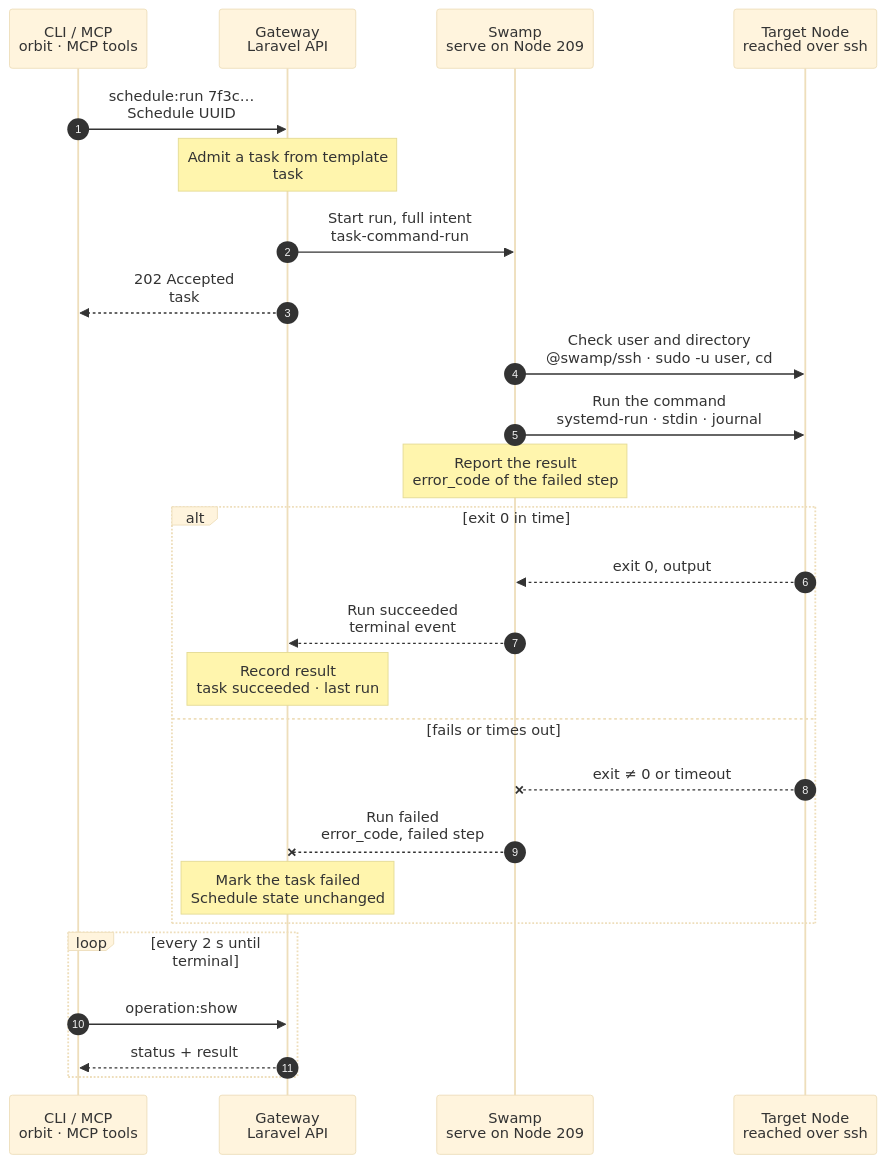
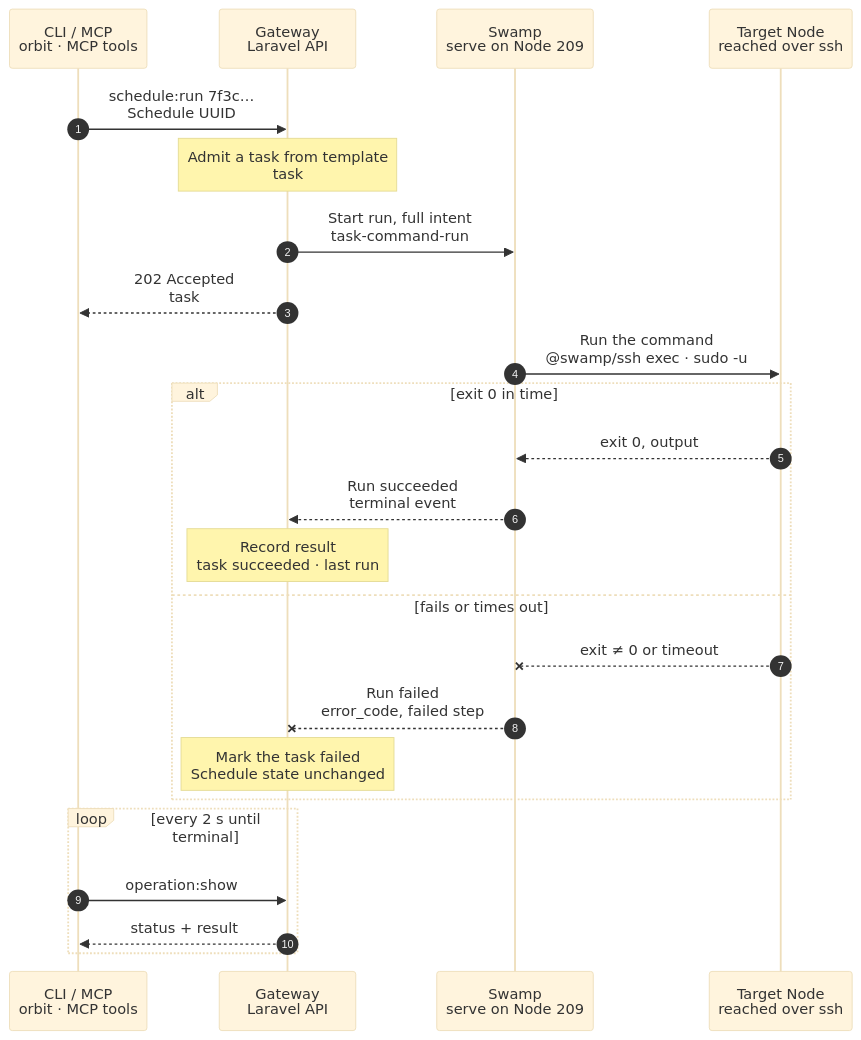
One commit to hardimpactdev/orbit changed the diagram in docs/cli/schedule/run.mmd. Above: the diagram before and after it, drawn with Mermaid (base theme). The commit also changed 63 other files, not shown here.

```diff
--- a/docs/cli/schedule/run.mmd
+++ b/docs/cli/schedule/run.mmd
@@ -1,99 +1,94 @@
 sequenceDiagram
   %% Target design: ADR 0244 one task system, native Swamp schedules; DECISIONS Schedules (Nick 2026-11-02), R2-R4.
-  %% status: draft
+  %% Tightened: flow-tighten 2026-11-02, rules 5, 14, 15, 22 (no check script, no report step; context enforced by the transient unit).
+  %% status: migrated
   %% command: schedule:run
   %% kind: schedule.run
   autonumber
   %% lane CLI icon=terminal pill=caller tone=gray
   %% lane GW icon=gateway pill=intent tone=blue
   %% lane SW icon=workflow pill=executes tone=green
   %% lane N icon=server pill=target tone=amber
   participant CLI as CLI / MCP<br/>orbit · MCP tools
   participant GW as Gateway<br/>Laravel API
   participant SW as Swamp<br/>serve on Node 209
   participant N as Target Node<br/>reached over ssh
   CLI->>GW: schedule:run 7f3c…<br/>Schedule UUID
   %%> Command:
   %%> - `orbit schedule:run 7f3c9a2e-41d0-4b8a-9c11-2f6e0d5b7a10`
   %%> - syntax: `<uuid> [--idempotency-key=KEY] [--json]`
   %%> Input:
   %%> - the UUID of the Schedule, as `schedule:list` shows it
   %%> Not changed:
   %%> - the Schedule's timing; the next calendar fire stays as it was
   %%> - an enabled Schedule stays enabled, and a disabled one stays disabled
   Note over GW: Admit a task from template<br/>task #5140 · trigger: operator
   %%> Requirements:
   %%> - your Node has an access grant to Node 12, which runs Instance 42
   %%> - Schedule 7f3c… is active, enabled or disabled
   %%> - Instance 42 is still on Node 12
+  %%> - the Schedule still targets the recorded Node, user and working directory
   %%> Result:
   %%> - task #5140 recorded from the Schedule's template, with trigger `operator`
   %%> - the same intent a calendar fire gets: user, working directory, shell, timeout and command
   GW->>SW: Start run, full intent<br/>task-command-run
   %%> What it does:
   %%> - starts one root run of `task-command-run` on serve (Node 209), the workflow each calendar fire of `schedule-7f3c…` runs nested
   %%> Why not `schedule-7f3c…` itself:
   %%> - its inputs are fixed and carry no task number; the task's own run carries it, so the Gateway projects it like any task
   %%> - every root run of `schedule-7f3c…` is then a calendar fire
   %%> Inputs:
   %%> - Node 12's address and SSH host keys; the SSH identity comes from the `swamp` role
   %%> - the user, the working directory, the shell and the timeout
   %%> - the command's vault key name, never the command (R3)
   GW-->>CLI: 202 Accepted<br/>task #5140
   %%> What you get:
   %%> - the task number, at once
   %%> Next:
   %%> - the CLI follows the task with `operation:show`
-  SW->>N: Check user and directory<br/>@swamp/ssh · sudo -u user, cd
-  %%> What it does:
-  %%> - checks, as the Schedule's user on Node 12, that the user exists and can enter the working directory, for example the Instance's application directory
-  %%> - an empty working directory is the user's home
-  %%> Why:
-  %%> - the command fails early with a clear error instead of half-running
-  SW->>N: Run the command<br/>systemd-run · stdin · journal
+  SW->>N: Run the command<br/>@swamp/ssh exec · sudo -u
   %%> How:
-  %%> - reads the command with `vault.get` and sends it to Node 12 on stdin, never in argv
-  %%> - one transient systemd unit runs it; `systemd-cat` sends its output to the Node journal as `orbit-schedule-<uuid>`
+  %%> - one `@swamp/ssh exec`: `sudo systemd-run --uid=<user> --wait --pipe --collect` with the admitted directory and timeout
+  %%> - reads the command with `vault.get` and sends it to Node 12 on stdin, never in argv; systemd-cat journals output on the Node
   %%> Runs as:
-  %%> - the Schedule's user, in its working directory, with its shell (a login shell when the Schedule says so)
+  %%> - the Schedule's user, in its working directory, with its shell
   %%> - production Instances resolve `current` at start, so a new release changes later runs
   %%> Timeout:
-  %%> - the Schedule's timeout is the unit's runtime limit; systemd stops it then, and kills it 5 seconds later
-  Note over SW: Report the result<br/>error_code of the failed step
-  %%> What it does:
-  %%> - prints the public result on 209: ready, or `schedule.target_unavailable`, `schedule.artifact_conflict` or `schedule.run_failed`
+  %%> - the Schedule's timeout is the run's time budget
   alt exit 0 in time
     N-->>SW: exit 0, output
     %%> Returns:
     %%> - the exit code; the output stays in the Swamp step
     SW-->>GW: Run succeeded<br/>terminal event
     %%> How the Gateway learns it:
     %%> - its shared run reader sees the terminal event; Swamp never calls the Gateway
     Note over GW: Record result<br/>task succeeded · last run
     %%> Result:
     %%> - task #5140 succeeds
     %%> - `last_run_at` and `last_run_status` of Schedule 7f3c… are set
   else fails or times out
     N--xSW: exit ≠ 0 or timeout
     %%> When:
-    %%> - the user or directory is missing, SSH fails, the command exits non-zero, or it runs past its timeout
+    %%> - SSH fails, `sudo` or `cd` fails, the command exits non-zero, or it runs past its timeout
+    %%> How:
+    %%> - the step ends the run with its own exit code; there is no report step
     SW--xGW: Run failed<br/>error_code, failed step
     %%> The Gateway reads:
-    %%> - which step failed and its error code
+    %%> - the exit code, mapped to `schedule.run_failed`; the failed step preserves native setup or transport diagnostics
     Note over GW: Mark the task failed<br/>Schedule state unchanged
     %%> Result:
     %%> - task #5140 fails; the Schedule's last run is marked as an error
     %%> - the Schedule itself and its trigger stay as they were
     %%> On the Node:
     %%> - whatever the command changed before it failed stays; Orbit does not roll it back
     %%> Retry:
     %%> - run `schedule:run` again after fixing the cause; it is a new task
   end
   loop every 2 s until terminal
     CLI->>GW: operation:show #5140
     %%> What it does:
     %%> - asks for the task's status every 2 seconds until it has ended
     GW-->>CLI: status + result
     %%> Returns:
     %%> - the current status, and the result once the task has ended
   end
```
